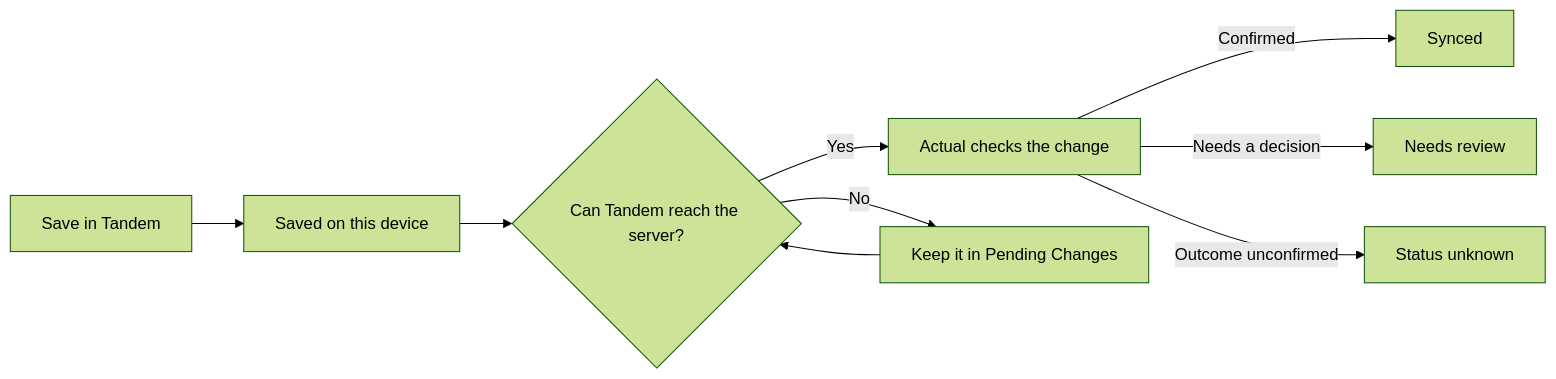
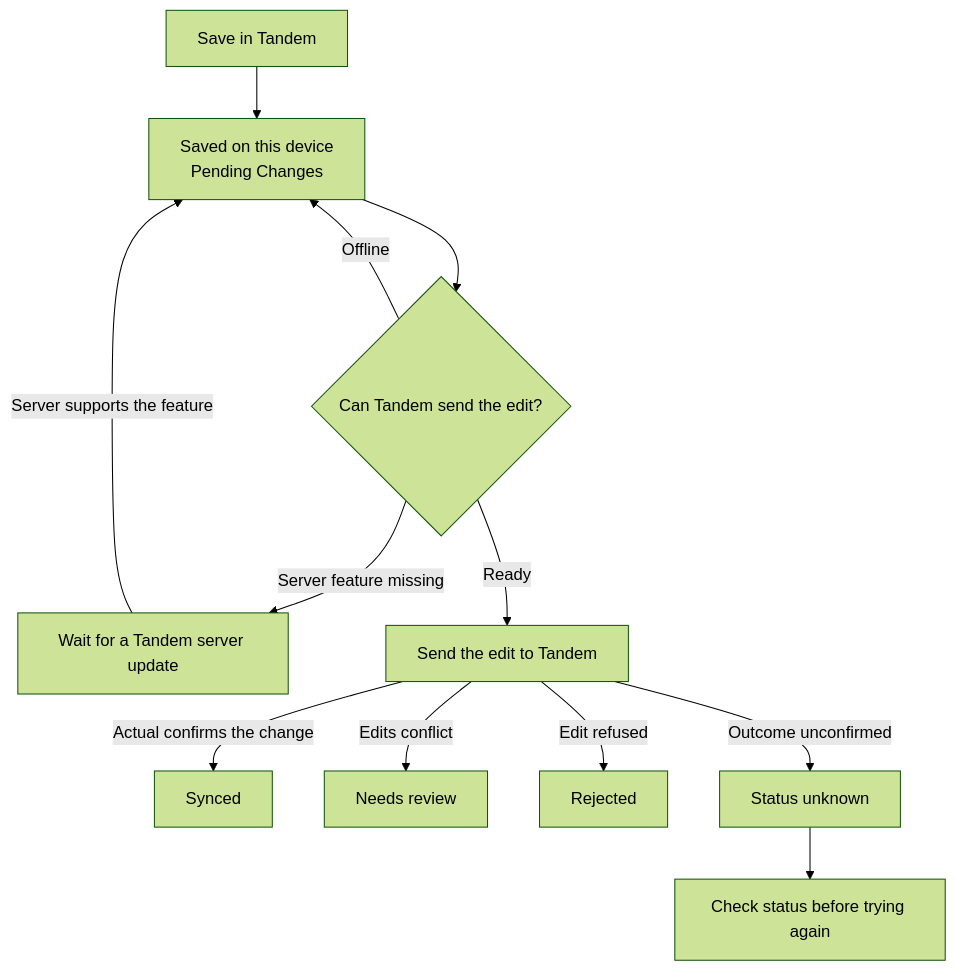
Before and after one commit to Nischay-Pro/tandem: the diagram in docs/using/offline-sync-and-conflicts.md, drawn with Mermaid (forest theme). The commit also changed 1 other file, not shown here.

Commit message:
docs: clarify budget storage and sync diagrams

````diff
--- a/docs/using/offline-sync-and-conflicts.md
+++ b/docs/using/offline-sync-and-conflicts.md
@@ -14,11 +14,14 @@
 ```mermaid
-flowchart LR
-  A[Save in Tandem] --> B[Saved on this device]
-  B --> C{Can Tandem reach the server?}
-  C -->|Yes| D[Actual checks the change]
-  C -->|No| E[Keep it in Pending Changes]
-  D -->|Confirmed| F[Synced]
-  D -->|Needs a decision| G[Needs review]
-  D -->|Outcome unconfirmed| H[Status unknown]
-  E --> C
+flowchart TD
+  save[Save in Tandem] --> queued["Saved on this device<br/>Pending Changes"]
+  queued --> ready{"Can Tandem send the edit?"}
+  ready -->|Offline| queued
+  ready -->|Server feature missing| waiting[Wait for a Tandem server update]
+  waiting -->|Server supports the feature| queued
+  ready -->|Ready| send[Send the edit to Tandem]
+  send -->|Actual confirms the change| synced[Synced]
+  send -->|Edits conflict| review[Needs review]
+  send -->|Edit refused| rejected[Rejected]
+  send -->|Outcome unconfirmed| unknown[Status unknown]
+  unknown --> check[Check status before trying again]
 ```
````
